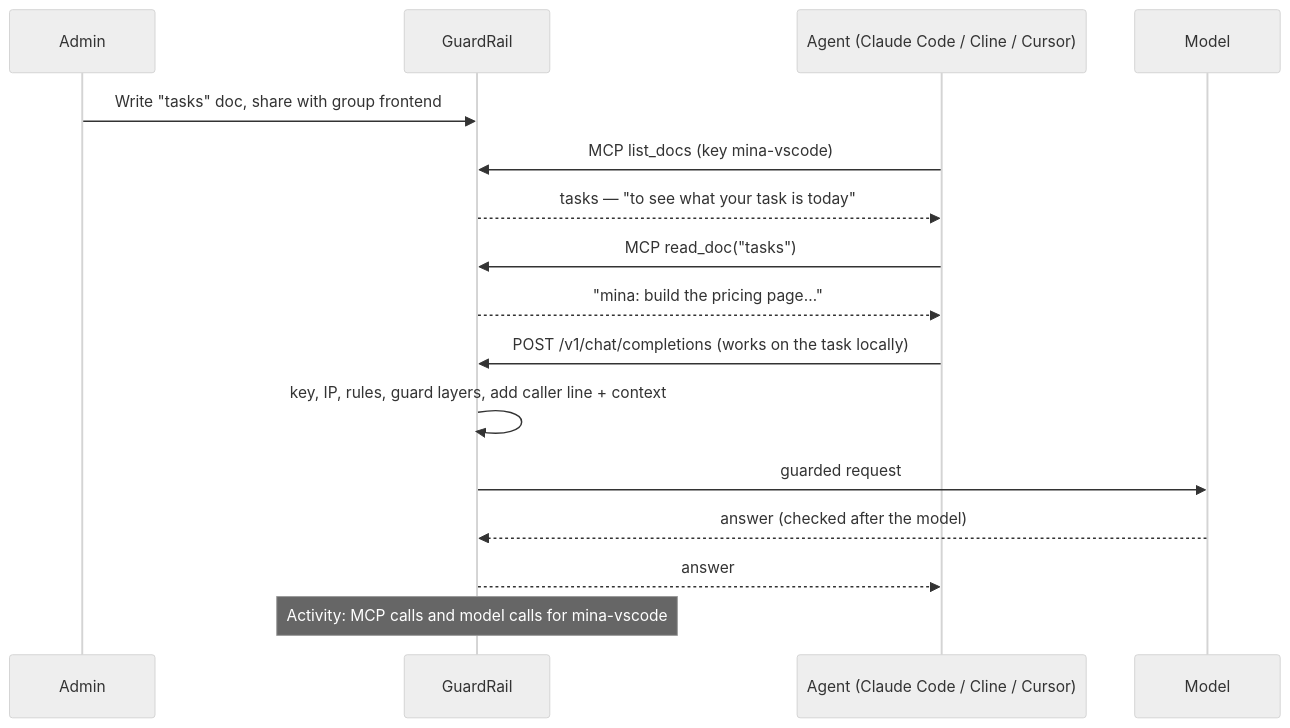
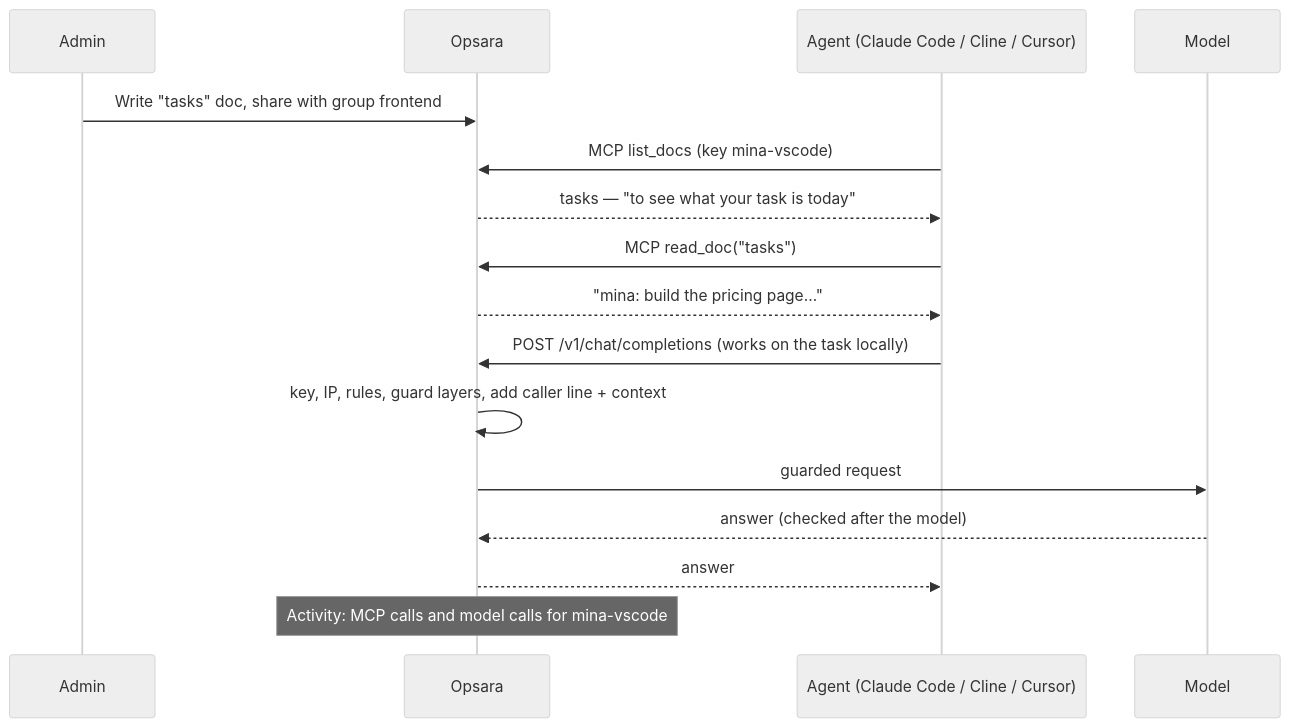
The first of 2 diagrams in README.md (sislamrafi/guardrail), drawn with Mermaid (neutral theme) before and after one commit. The commit also changed other lines of this file and 87 other files, not shown here.

First line of the commit message:
Rename to Opsara AI (formerly GuardRail), with compatibility

````diff
--- a/README.md
+++ b/README.md
@@ -88,18 +90,18 @@
 ```mermaid
 sequenceDiagram
     participant Admin
-    participant GR as GuardRail
+    participant GR as Opsara
     participant Agent as Agent (Claude Code / Cline / Cursor)
     participant LLM as Model
     Admin->>GR: Write "tasks" doc, share with group frontend
     Agent->>GR: MCP list_docs (key mina-vscode)
     GR-->>Agent: tasks — "to see what your task is today"
     Agent->>GR: MCP read_doc("tasks")
     GR-->>Agent: "mina: build the pricing page…"
     Agent->>GR: POST /v1/chat/completions (works on the task locally)
     GR->>GR: key, IP, rules, guard layers, add caller line + context
     GR->>LLM: guarded request
     LLM-->>GR: answer (checked after the model)
     GR-->>Agent: answer
     Note over GR: Activity: MCP calls and model calls for mina-vscode
 ```
````
